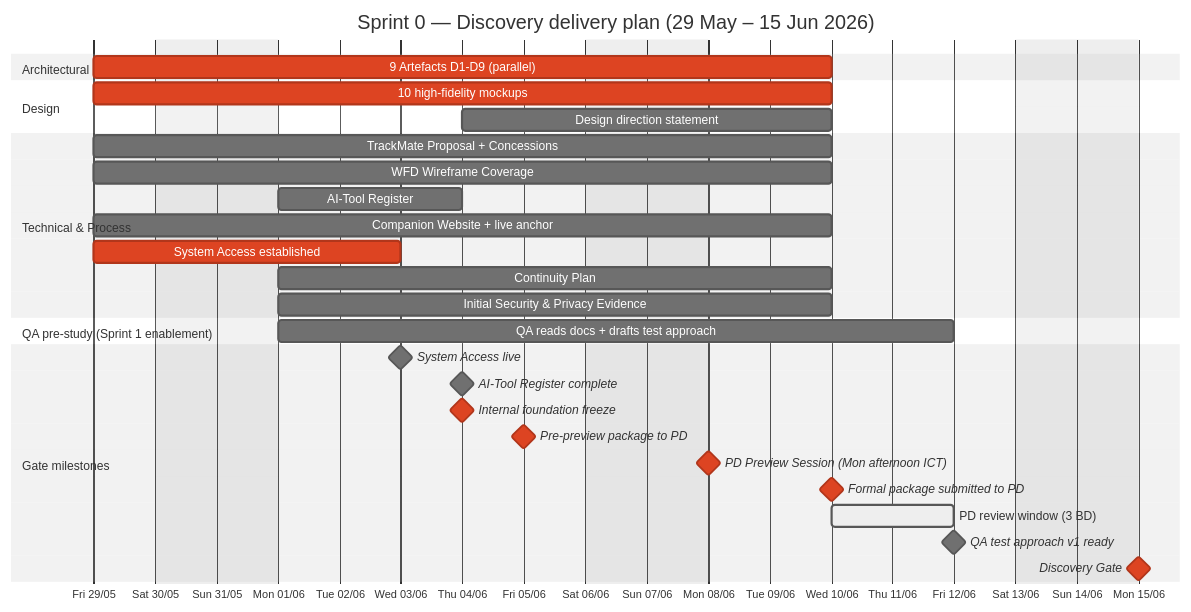
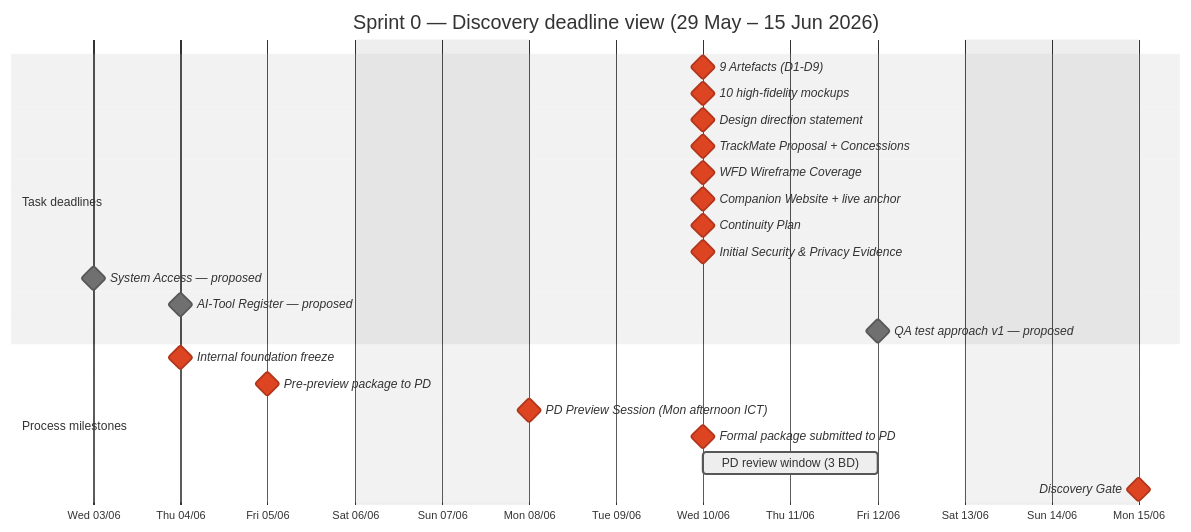
The diagram in confluence-export/01-about/02-planning/02-sprint-0-discovery.md (giakhanh22024558/Trackaroo-Cheat-Sheat), drawn with Mermaid (neutral theme) before and after one commit. The commit also changed other lines of this file, not shown here.

First line of the commit message:
sprint-0: deadline-only milestones + colour-coded Official vs Proposed

````diff
--- a/confluence-export/01-about/02-planning/02-sprint-0-discovery.md
+++ b/confluence-export/01-about/02-planning/02-sprint-0-discovery.md
@@ -13,39 +17,29 @@
 ```mermaid
 gantt
-    title Sprint 0 — Discovery delivery plan (29 May – 15 Jun 2026)
+    title Sprint 0 — Discovery deadline view (29 May – 15 Jun 2026)
     dateFormat YYYY-MM-DD
     axisFormat %a %d/%m
-    tickInterval 1day
     excludes weekends
     todayMarker off
 
-    section Architectural
-    9 Artefacts D1-D9 (parallel)          :crit, 2026-05-29, 2026-06-10
+    section Task deadlines
+    9 Artefacts (D1-D9)                    :milestone, crit, 2026-06-10, 0d
+    10 high-fidelity mockups               :milestone, crit, 2026-06-10, 0d
+    Design direction statement             :milestone, crit, 2026-06-10, 0d
+    TrackMate Proposal + Concessions       :milestone, crit, 2026-06-10, 0d
+    WFD Wireframe Coverage                 :milestone, crit, 2026-06-10, 0d
+    Companion Website + live anchor        :milestone, crit, 2026-06-10, 0d
+    Continuity Plan                        :milestone, crit, 2026-06-10, 0d
+    Initial Security & Privacy Evidence    :milestone, crit, 2026-06-10, 0d
+    System Access — proposed               :milestone, 2026-06-03, 0d
+    AI-Tool Register — proposed            :milestone, 2026-06-04, 0d
+    QA test approach v1 — proposed         :milestone, 2026-06-12, 0d
 
-    section Design
-    10 high-fidelity mockups               :crit, 2026-05-29, 2026-06-10
-    Design direction statement             :2026-06-04, 2026-06-10
-
-    section Technical & Process
-    TrackMate Proposal + Concessions       :2026-05-29, 2026-06-10
-    WFD Wireframe Coverage                 :2026-05-29, 2026-06-10
-    AI-Tool Register                       :2026-06-01, 2026-06-04
-    Companion Website + live anchor        :2026-05-29, 2026-06-10
-    System Access established              :crit, 2026-05-29, 2026-06-03
-    Continuity Plan                        :2026-06-01, 2026-06-10
-    Initial Security & Privacy Evidence    :2026-06-01, 2026-06-10
-
-    section QA pre-study (Sprint 1 enablement)
-    QA reads docs + drafts test approach   :2026-06-01, 2026-06-12
-
-    section Gate milestones
-    System Access live                     :milestone, 2026-06-03, 0d
-    AI-Tool Register complete              :milestone, 2026-06-04, 0d
+    section Process milestones
     Internal foundation freeze             :milestone, crit, 2026-06-04, 0d
     Pre-preview package to PD              :milestone, crit, 2026-06-05, 0d
     PD Preview Session (Mon afternoon ICT) :milestone, crit, 2026-06-08, 0d
     Formal package submitted to PD         :milestone, crit, 2026-06-10, 0d
     PD review window (3 BD)                :active, 2026-06-10, 2026-06-12
-    QA test approach v1 ready              :milestone, 2026-06-12, 0d
     Discovery Gate                         :milestone, crit, 2026-06-15, 0d
 ```
````
